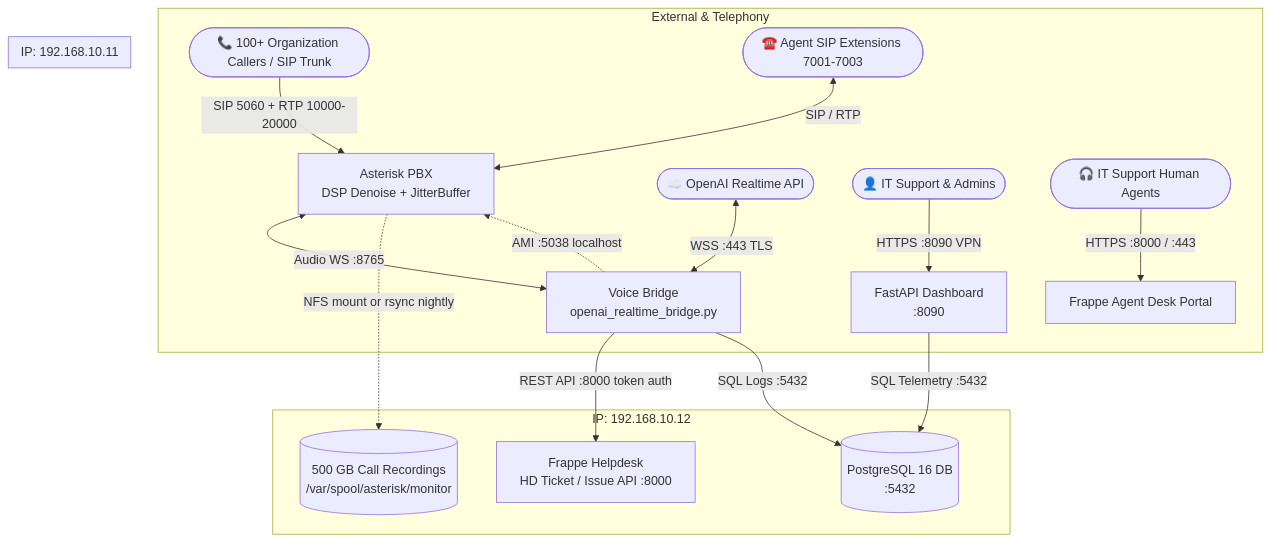
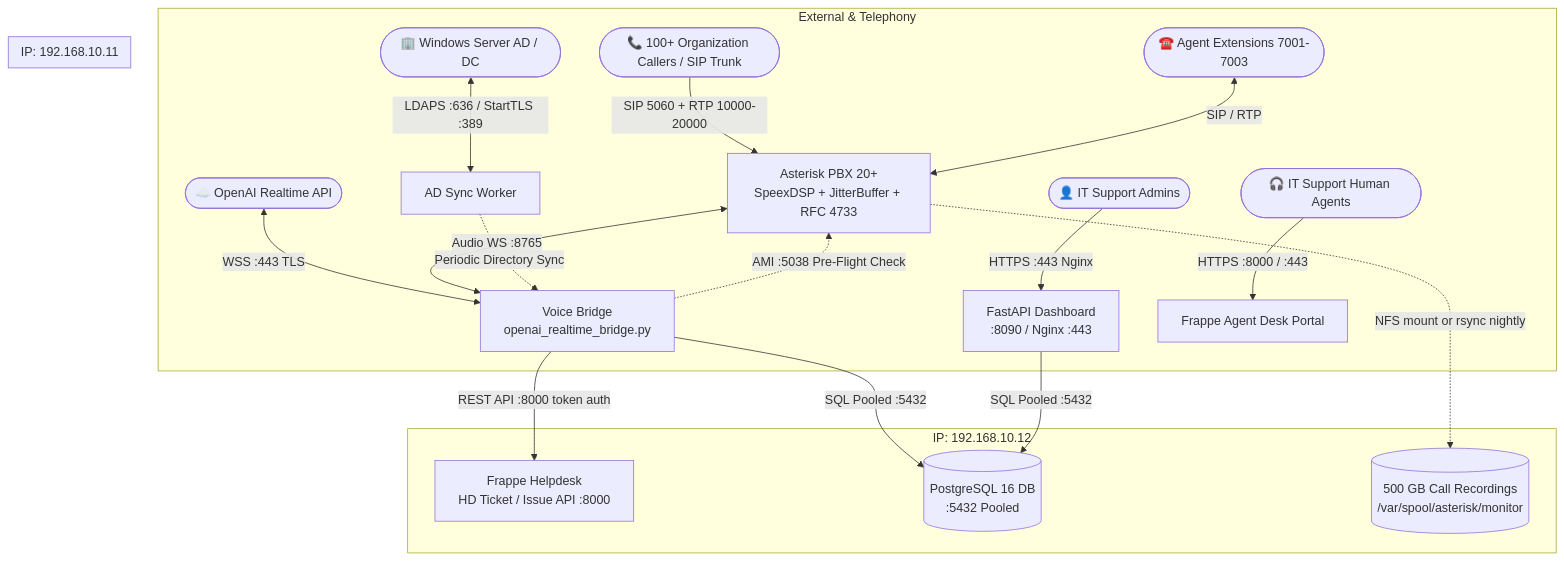
One commit to akheels-web/ai-support-agent changed the diagram in TWO_VM_PRODUCTION_DEPLOYMENT_GUIDE.md. Above: the diagram before and after it, drawn with Mermaid. The commit also changed other lines of this file and 5 other files, not shown here.

````diff
--- a/TWO_VM_PRODUCTION_DEPLOYMENT_GUIDE.md
+++ b/TWO_VM_PRODUCTION_DEPLOYMENT_GUIDE.md
@@ -20,30 +20,32 @@
 ```mermaid
 flowchart TD
     subgraph External & Telephony
         PSTN([📞 100+ Organization Callers / SIP Trunk]) -->|SIP 5060 + RTP 10000-20000| Asterisk
         OpenAI_Cloud([☁️ OpenAI Realtime API]) <-->|WSS :443 TLS| Bridge
-        Admin([👤 IT Support & Admins]) -->|HTTPS :8090 VPN| Dashboard
+        Admin([👤 IT Support Admins]) -->|HTTPS :443 Nginx| Dashboard
         Agents([🎧 IT Support Human Agents]) -->|HTTPS :8000 / :443| FrappeUI
-        AgentPhones([☎️ Agent SIP Extensions 7001-7003]) <-->|SIP / RTP| Asterisk
+        AgentPhones([☎️ Agent Extensions 7001-7003]) <-->|SIP / RTP| Asterisk
+        DomainController([🏢 Windows Server AD / DC]) <-->|LDAPS :636 / StartTLS :389| ADSync[AD Sync Worker]
     end
 
     subgraph VM 1: Telephony & Voice Edge [IP: 192.168.10.11]
-        Asterisk[Asterisk PBX<br/>DSP Denoise + JitterBuffer]
+        Asterisk[Asterisk PBX 20+<br/>SpeexDSP + JitterBuffer + RFC 4733]
         Asterisk <-->|Audio WS :8765| Bridge[Voice Bridge<br/>openai_realtime_bridge.py]
-        Bridge -.->|AMI :5038 localhost| Asterisk
-        Dashboard[FastAPI Dashboard<br/>:8090]
+        Bridge -.->|AMI :5038 Pre-Flight Check| Asterisk
+        Dashboard[FastAPI Dashboard<br/>:8090 / Nginx :443]
+        ADSync -.->|Periodic Directory Sync| Bridge
     end
 
     subgraph VM 2: Helpdesk & Data Core [IP: 192.168.10.12]
         Frappe[Frappe Helpdesk<br/>HD Ticket / Issue API :8000]
         FrappeUI[Frappe Agent Desk Portal]
-        Postgres[(PostgreSQL 16 DB<br/>:5432)]
+        Postgres[(PostgreSQL 16 DB<br/>:5432 Pooled)]
         Recordings[(500 GB Call Recordings<br/>/var/spool/asterisk/monitor)]
     end
 
     %% Inter-VM Wiring
     Bridge -->|REST API :8000 token auth| Frappe
-    Bridge -->|SQL Logs :5432| Postgres
-    Dashboard -->|SQL Telemetry :5432| Postgres
+    Bridge -->|SQL Pooled :5432| Postgres
+    Dashboard -->|SQL Pooled :5432| Postgres
     Asterisk -.->|NFS mount or rsync nightly| Recordings
 ```
````
